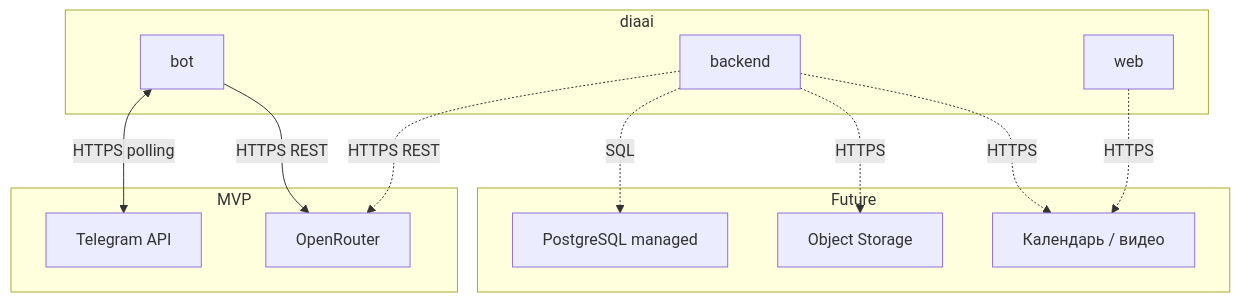
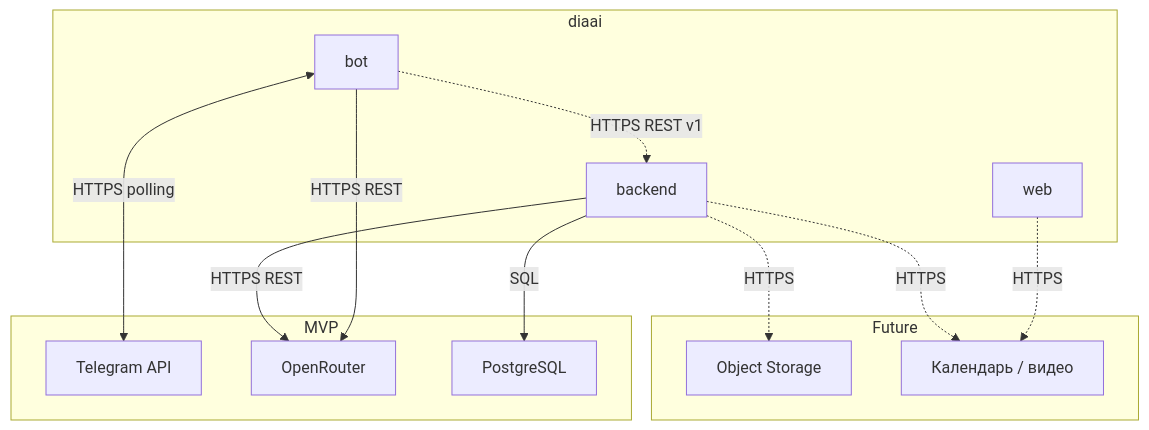
Before and after one commit to zatulik2606/diaai: the first of 2 diagrams in docs/integrations.md, drawn with Mermaid. The commit also changed other lines of this file and 57 other files, not shown here.

````diff
--- a/docs/integrations.md
+++ b/docs/integrations.md
@@ -7,27 +7,28 @@
 ```mermaid
 flowchart TB
     subgraph diaai [diaai]
         Bot["bot"]
         Backend["backend"]
         Web["web"]
     end
 
     subgraph mvp [MVP]
         TG["Telegram API"]
         OR["OpenRouter"]
+        PG["PostgreSQL"]
     end
 
     subgraph future [Future]
         S3["Object Storage"]
         Cal["Календарь / видео"]
-        PG["PostgreSQL managed"]
     end
 
     Bot <-->|HTTPS polling| TG
     Bot -->|HTTPS REST| OR
-    Backend -.->|HTTPS REST| OR
-    Backend -.->|SQL| PG
+    Bot -.->|HTTPS REST v1| Backend
+    Backend -->|HTTPS REST| OR
+    Backend -->|SQL| PG
     Backend -.->|HTTPS| S3
     Web -.->|HTTPS| Cal
     Backend -.->|HTTPS| Cal
 ```
````
